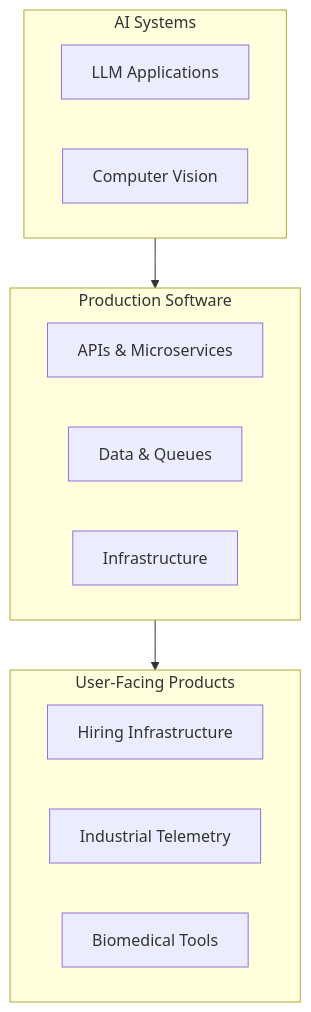
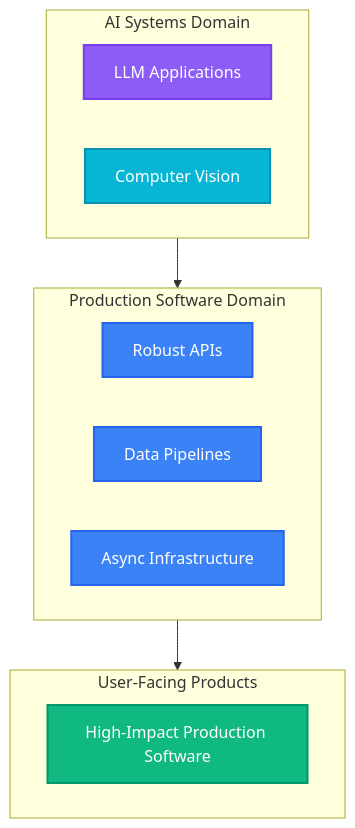
Before and after one commit to Basharameez/my-portfolio: the sixth of 6 diagrams in README.md, drawn with Mermaid. The commit also changed other lines of this file, not shown here.

Commit message:
redesign: vibrant, colorful, scannable AI systems engineer profile README

````diff
--- a/README.md
+++ b/README.md
@@ -472,18 +563,25 @@
 ```mermaid
 flowchart TD
-    subgraph AI ["AI Systems"]
-      A1[LLM Applications]
-      A2[Computer Vision]
+    classDef violet fill:#8B5CF6,stroke:#7C3AED,color:#FFFFFF,stroke-width:2px;
+    classDef cyan fill:#06B6D4,stroke:#0891B2,color:#FFFFFF,stroke-width:2px;
+    classDef blue fill:#3B82F6,stroke:#2563EB,color:#FFFFFF,stroke-width:2px;
+    classDef emerald fill:#10B981,stroke:#059669,color:#FFFFFF,stroke-width:2px;
+
+    subgraph AISystems ["AI Systems Domain"]
+        A1[LLM Applications]:::violet
+        A2[Computer Vision]:::cyan
     end
-    subgraph Software ["Production Software"]
-      B1[APIs & Microservices]
-      B2[Data & Queues]
-      B3[Infrastructure]
+
+    subgraph SoftwareProd ["Production Software Domain"]
+        B1[Robust APIs]:::blue
+        B2[Data Pipelines]:::blue
+        B3[Async Infrastructure]:::blue
     end
+
     subgraph Products ["User-Facing Products"]
-      C1[Hiring Infrastructure]
-      C2[Industrial Telemetry]
-      C3[Biomedical Tools]
+        C1[High-Impact Production Software]:::emerald
     end
-    AI --> Software --> Products
+
+    AISystems --> SoftwareProd
+    SoftwareProd --> Products
 ```
````
